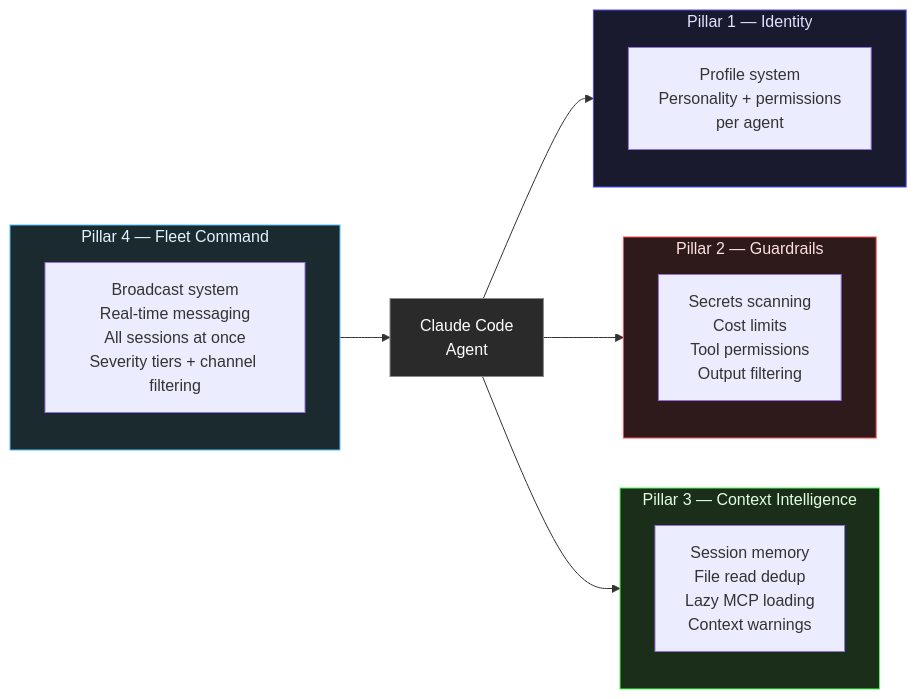
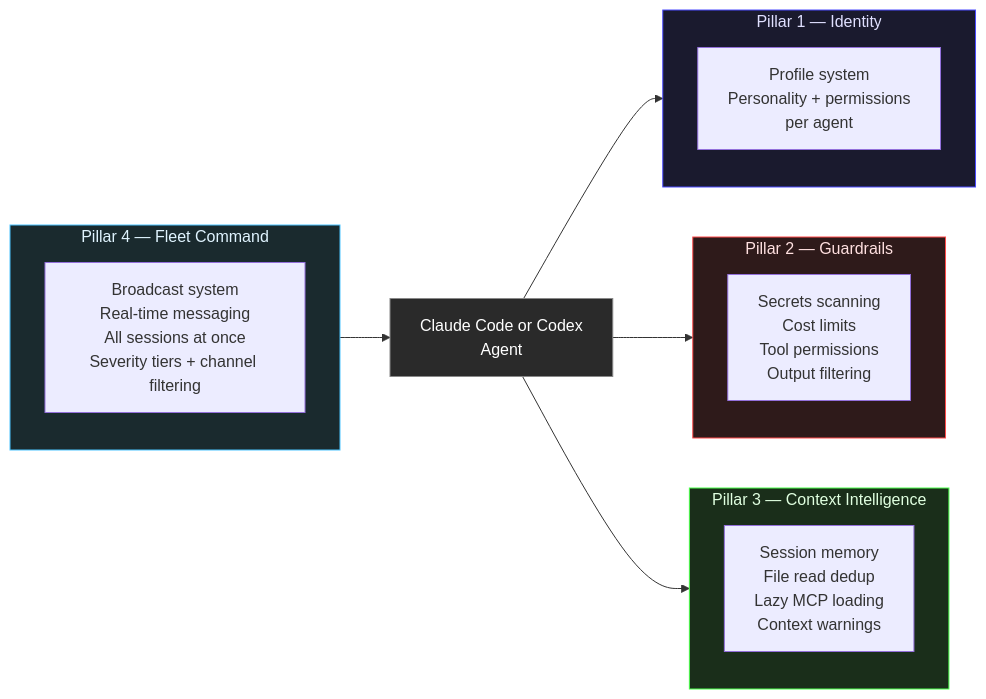
One commit to rahul05ranjan/agentihooks changed the diagram in index.md. Above: the diagram before and after it, drawn with Mermaid. The commit also changed other lines of this file and 530 other files, not shown here.

````diff
--- a/index.md
+++ b/index.md
@@ -34,33 +34,33 @@
 ```mermaid
 flowchart LR
     subgraph P1["Pillar 1 — Identity"]
         direction TB
         I1["Profile system\nPersonality + permissions\nper agent"]
     end
 
     subgraph P2["Pillar 2 — Guardrails"]
         direction TB
         G1["Secrets scanning\nCost limits\nTool permissions\nOutput filtering"]
     end
 
     subgraph P3["Pillar 3 — Context Intelligence"]
         direction TB
         C1["Session memory\nFile read dedup\nLazy MCP loading\nContext warnings"]
     end
 
     subgraph P4["Pillar 4 — Fleet Command"]
         direction TB
         F1["Broadcast system\nReal-time messaging\nAll sessions at once\nSeverity tiers + channel filtering"]
     end
 
-    CLAUDE["Claude Code\nAgent"] --> P1
+    CLAUDE["Claude Code or Codex\nAgent"] --> P1
     CLAUDE --> P2
     CLAUDE --> P3
     P4 --> CLAUDE
 
     style P1 fill:#1a1a2e,color:#e0e0ff,stroke:#4a4aff
     style P2 fill:#2e1a1a,color:#ffe0e0,stroke:#ff4a4a
     style P3 fill:#1a2e1a,color:#e0ffe0,stroke:#4aff4a
     style P4 fill:#1a2a2e,color:#e0f4ff,stroke:#4ac4ff
     style CLAUDE fill:#2a2a2a,color:#ffffff,stroke:#888888
 ```
````
